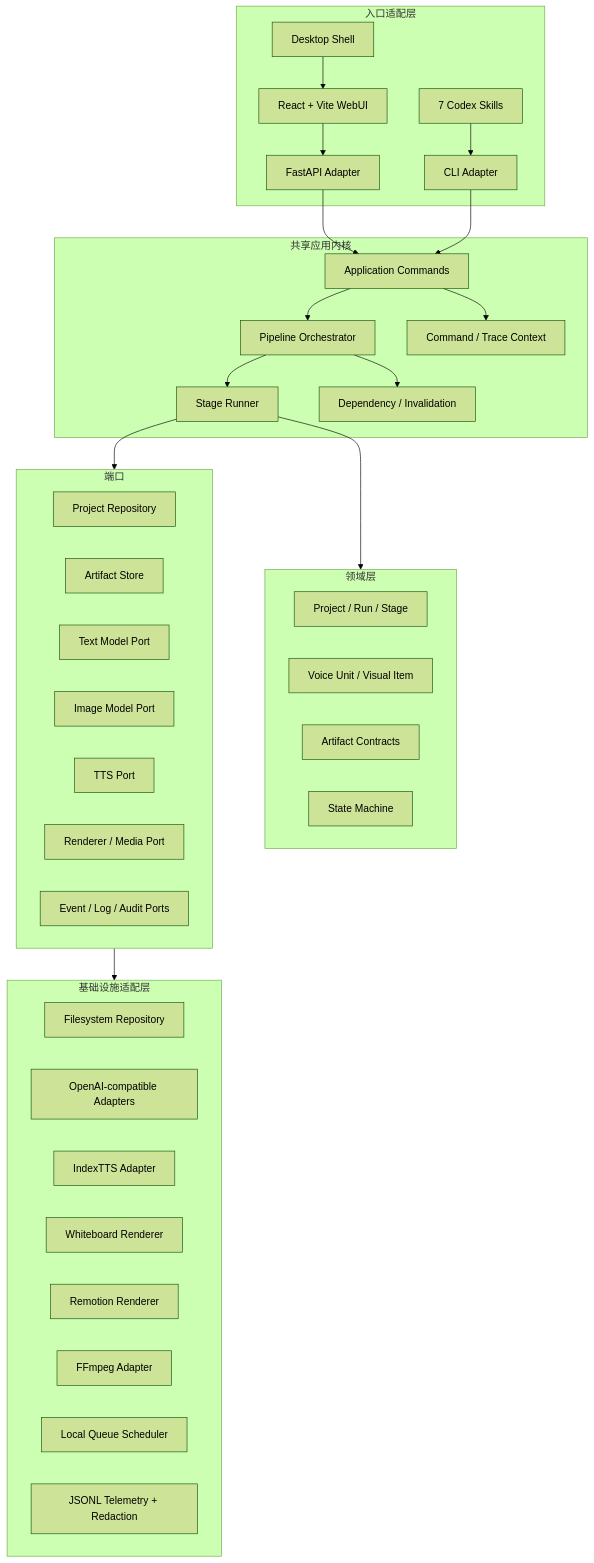
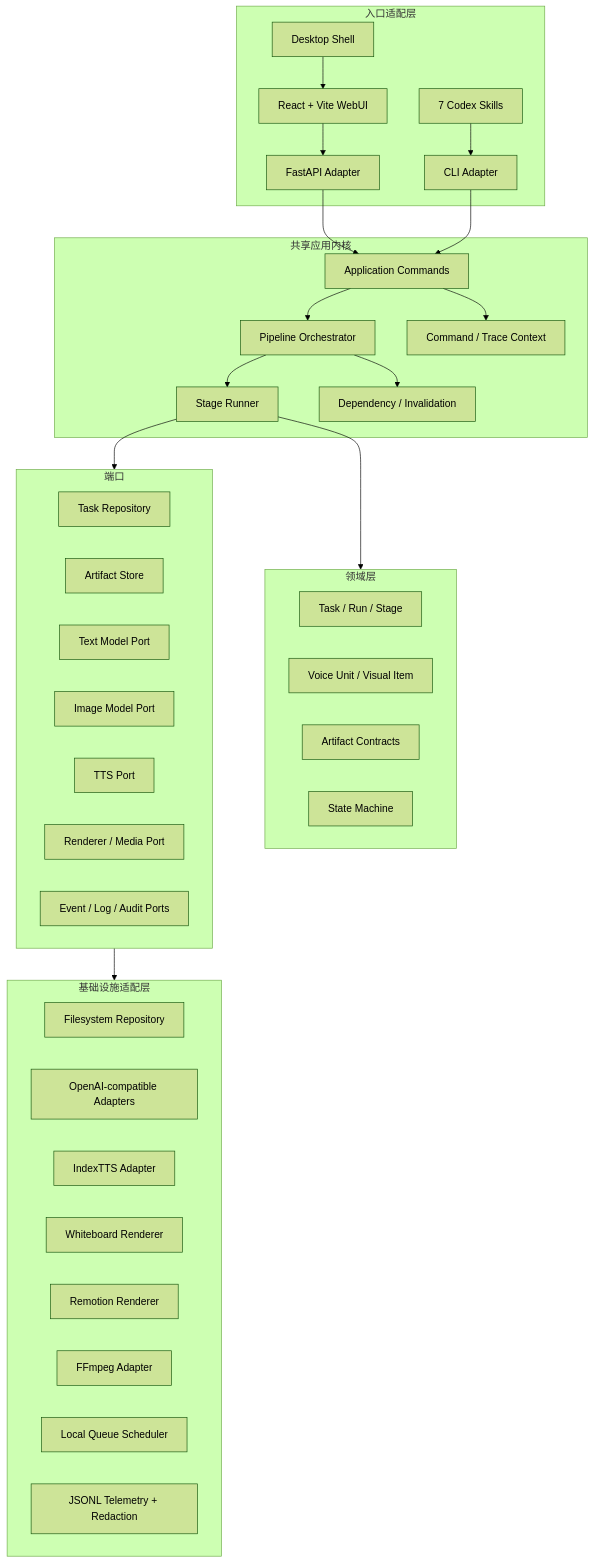
Before and after one commit to degyang/cs-board: the first of 2 diagrams in docs/Mountain/02-target-architecture.md, drawn with Mermaid (forest theme). The commit also changed other lines of this file and 14 other files, not shown here.

````diff
--- a/docs/Mountain/02-target-architecture.md
+++ b/docs/Mountain/02-target-architecture.md
@@ -7,59 +7,59 @@
 ```mermaid
 flowchart TB
     subgraph Entry[入口适配层]
         Web[React + Vite WebUI]
         Desktop[Desktop Shell]
         API[FastAPI Adapter]
         Skills[7 Codex Skills]
         CLI[CLI Adapter]
     end
 
     subgraph Application[共享应用内核]
         Commands[Application Commands]
         Orchestrator[Pipeline Orchestrator]
         StageRunner[Stage Runner]
         Invalidator[Dependency / Invalidation]
         TraceContext[Command / Trace Context]
     end
 
     subgraph Domain[领域层]
-        Project[Project / Run / Stage]
+        Task[Task / Run / Stage]
         AVModel[Voice Unit / Visual Item]
         Artifact[Artifact Contracts]
         StateMachine[State Machine]
     end
 
     subgraph Ports[端口]
-        ProjectRepo[Project Repository]
+        TaskRepo[Task Repository]
         ArtifactStore[Artifact Store]
         TextPort[Text Model Port]
         ImagePort[Image Model Port]
         TTSPort[TTS Port]
         RenderPort[Renderer / Media Port]
         Telemetry[Event / Log / Audit Ports]
     end
 
     subgraph Adapters[基础设施适配层]
         FileRepo[Filesystem Repository]
         ModelAPI[OpenAI-compatible Adapters]
         IndexTTS[IndexTTS Adapter]
         Whiteboard[Whiteboard Renderer]
         Remotion[Remotion Renderer]
         FFmpeg[FFmpeg Adapter]
         LocalQueue[Local Queue Scheduler]
         Jsonl[JSONL Telemetry + Redaction]
     end
 
     Web --> API
     Desktop --> Web
     API --> Commands
     Skills --> CLI
     CLI --> Commands
     Commands --> TraceContext
     Commands --> Orchestrator
     Orchestrator --> StageRunner
     StageRunner --> Domain
     Orchestrator --> Invalidator
     StageRunner --> Ports
     Ports --> Adapters
 ```
````
